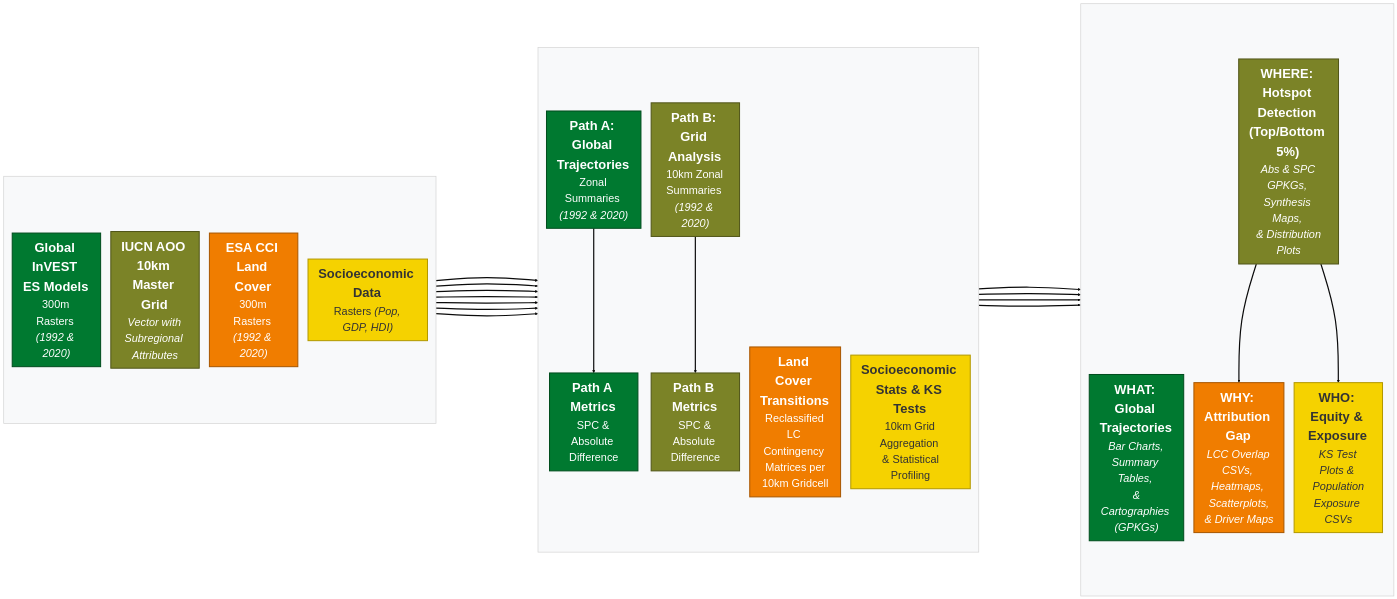
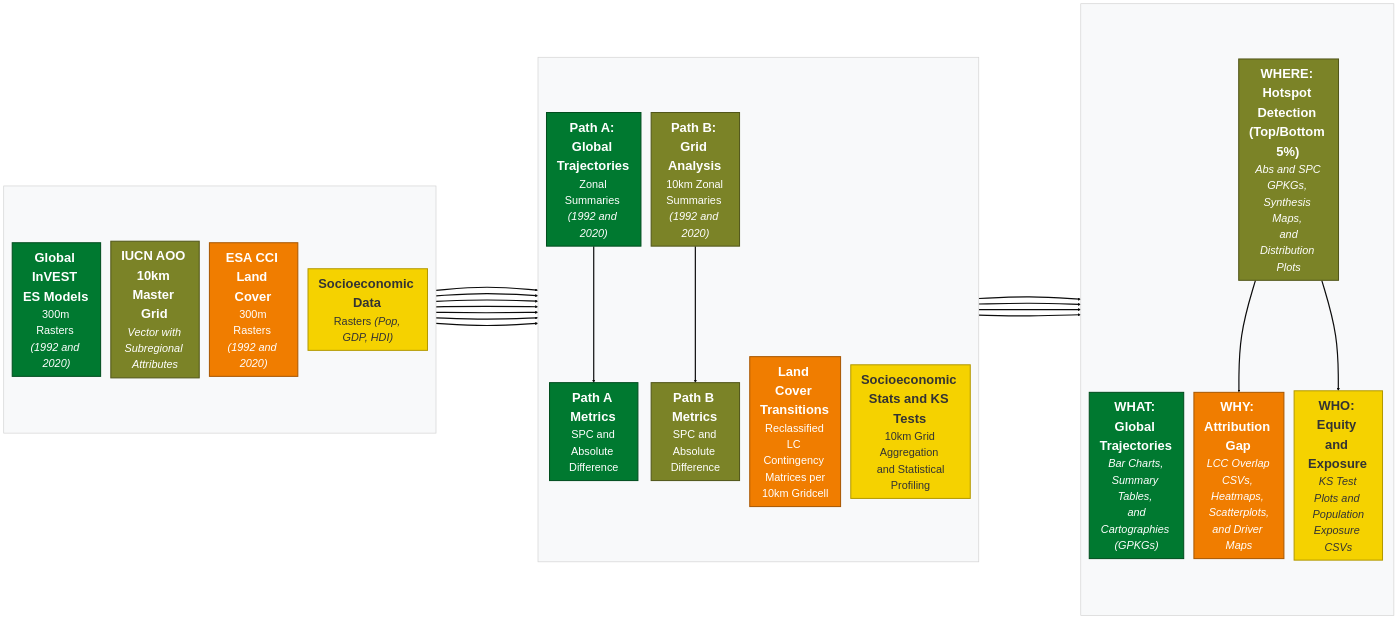
One commit to springinnovate/global_NCP changed the diagram in paper_draft.qmd. Above: the diagram before and after it, drawn with Mermaid (base theme). The commit also changed other lines of this file and 26 other files, not shown here.

Commit message:
render paper to share, fix quarto/mermaid bugs

````diff
--- a/paper_draft.qmd
+++ b/paper_draft.qmd
@@ -80,78 +75,80 @@
 ```{mermaid}
+%%| label: fig-workflow
+%%| fig-cap: "The dual-pathway analytical workflow. Path A calculates global and regional trajectories from pixel-level differences, addressing the 'WHAT' question. Path B aggregates data to a 10-km grid to identify and analyze localized hotspots, addressing the 'WHERE', 'WHO', and 'WHY' questions."
 %%{init: {'flowchart': {'rankSpacing': 300, 'nodeSpacing': 30}}}%%
 flowchart LR
     %% Subgraph Styling
     style INPUTS fill:#F8F9FA,stroke:#D3D3D3,stroke-width:2px
     style PROCESSING fill:#F8F9FA,stroke:#D3D3D3,stroke-width:2px
     style OUTPUTS fill:#F8F9FA,stroke:#D3D3D3,stroke-width:2px
 
     %% Input Layer
     subgraph INPUTS [" "]
         direction TB
-        RawES["<span style='font-size: 38px;'><b>Global InVEST ES Models</b></span> <br/> <span style='font-size: 32px;'>300m Rasters <i>(1992 & 2020)</i></span>"]
+        RawES["<span style='font-size: 38px;'><b>Global InVEST ES Models</b></span> <br/> <span style='font-size: 32px;'>300m Rasters <i>(1992 and 2020)</i></span>"]
         RawGrid["<span style='font-size: 38px;'><b>IUCN AOO 10km Master Grid</b></span> <br/> <span style='font-size: 32px;'><i>Vector with Subregional Attributes</i></span>"]
-        RawLC["<span style='font-size: 38px;'><b>ESA CCI Land Cover</b></span> <br/> <span style='font-size: 32px;'>300m Rasters <i>(1992 & 2020)</i></span>"]
+        RawLC["<span style='font-size: 38px;'><b>ESA CCI Land Cover</b></span> <br/> <span style='font-size: 32px;'>300m Rasters <i>(1992 and 2020)</i></span>"]
         RawSoc["<span style='font-size: 38px;'><b>Socioeconomic Data</b></span> <br/> <span style='font-size: 32px;'>Rasters <i>(Pop, GDP, HDI)</i></span>"]
     end
 
     %% Processing Layer
     subgraph PROCESSING [" "]
         direction TB
-        IntA["<span style='font-size: 38px;'><b>Path A: Global Trajectories</b></span> <br/> <span style='font-size: 32px;'>Zonal Summaries <i>(1992 & 2020)</i></span>"]
-        MathA["<span style='font-size: 38px;'><b>Path A Metrics</b></span> <br/> <span style='font-size: 32px;'>SPC & Absolute Difference</span>"]
+        IntA["<span style='font-size: 38px;'><b>Path A: Global Trajectories</b></span> <br/> <span style='font-size: 32px;'>Zonal Summaries <i>(1992 and 2020)</i></span>"]
+        MathA["<span style='font-size: 38px;'><b>Path A Metrics</b></span> <br/> <span style='font-size: 32px;'>SPC and Absolute Difference</span>"]
 
-        IntB["<span style='font-size: 38px;'><b>Path B: Grid Analysis</b></span> <br/> <span style='font-size: 32px;'>10km Zonal Summaries <i>(1992 & 2020)</i></span>"]
-        MathB["<span style='font-size: 38px;'><b>Path B Metrics</b></span> <br/> <span style='font-size: 32px;'>SPC & Absolute Difference</span>"]
+        IntB["<span style='font-size: 38px;'><b>Path B: Grid Analysis</b></span> <br/> <span style='font-size: 32px;'>10km Zonal Summaries <i>(1992 and 2020)</i></span>"]
+        MathB["<span style='font-size: 38px;'><b>Path B Metrics</b></span> <br/> <span style='font-size: 32px;'>SPC and Absolute Difference</span>"]
 
         MathLC["<span style='font-size: 38px;'><b>Land Cover Transitions</b></span> <br/> <span style='font-size: 32px;'>Reclassified LC Contingency <br/> Matrices per 10km Gridcell</span>"]
-        MathSoc["<span style='font-size: 38px;'><b>Socioeconomic Stats & KS Tests</b></span> <br/> <span style='font-size: 32px;'>10km Grid Aggregation <br/> & Statistical Profiling</span>"]
+        MathSoc["<span style='font-size: 38px;'><b>Socioeconomic Stats and KS Tests</b></span> <br/> <span style='font-size: 32px;'>10km Grid Aggregation <br/> and Statistical Profiling</span>"]
     end
 
     %% Outputs Layer
     subgraph OUTPUTS [" "]
         direction TB
-        P1["<span style='font-size: 38px;'><b>WHAT: Global Trajectories</b></span> <br/> <i style='font-size: 32px; font-weight: normal;'>Bar Charts, Summary Tables, <br/> & Cartographies (GPKGs)</i>"]
-        P2["<span style='font-size: 38px;'><b>WHERE: Hotspot Detection (Top/Bottom 5%)</b></span> <br/> <i style='font-size: 32px; font-weight: normal;'>Abs & SPC GPKGs, Synthesis Maps, <br/> & Distribution Plots</i>"]
-        P3["<span style='font-size: 38px;'><b>WHY: Attribution Gap</b></span> <br/> <i style='font-size: 32px; font-weight: normal;'>LCC Overlap CSVs, Heatmaps, <br/> Scatterplots, & Driver Maps</i>"]
-        P4["<span style='font-size: 38px;'><b>WHO: Equity & Exposure</b></span> <br/> <i style='font-size: 32px; font-weight: normal;'>KS Test Plots & <br/> Population Exposure CSVs</i>"]
+        P1["<span style='font-size: 38px;'><b>WHAT: Global Trajectories</b></span> <br/> <i style='font-size: 32px; font-weight: normal;'>Bar Charts, Summary Tables, <br/> and Cartographies (GPKGs)</i>"]
+        P2["<span style='font-size: 38px;'><b>WHERE: Hotspot Detection (Top/Bottom 5%)</b></span> <br/> <i style='font-size: 32px; font-weight: normal;'>Abs and SPC GPKGs, Synthesis Maps, <br/> and Distribution Plots</i>"]
+        P3["<span style='font-size: 38px;'><b>WHY: Attribution Gap</b></span> <br/> <i style='font-size: 32px; font-weight: normal;'>LCC Overlap CSVs, Heatmaps, <br/> Scatterplots, and Driver Maps</i>"]
+        P4["<span style='font-size: 38px;'><b>WHO: Equity and Exposure</b></span> <br/> <i style='font-size: 32px; font-weight: normal;'>KS Test Plots and <br/> Population Exposure CSVs</i>"]
     end
 
     %% Logical Connections
     RawGrid ==> IntB
     RawGrid ==> MathLC
     RawGrid ==> MathSoc
 
     RawES ==> IntA
     RawES ==> IntB
 
     IntA ==> MathA
     IntB ==> MathB
 
     MathA ==> P1
     MathB ==> P2
 
     %% Downstream Analysis from Hotspots (P2)
     P2 ==> P3
     RawLC ==> MathLC
     MathLC ==> P3
 
     P2 ==> P4
     RawSoc ==> MathSoc
     MathSoc ==> P4
 
     %% Layout Guides
     RawSoc ~~~ MathSoc
     IntA ~~~ P1
 
     %% CANONICAL COLOR CLASSES (Matching Circular Diagram)
     classDef c_what fill:#007930,stroke:#004D1E,stroke-width:3px,color:#FFF;
     classDef c_where fill:#7B8327,stroke:#515619,stroke-width:3px,color:#FFF;
     classDef c_why fill:#F07D00,stroke:#A85700,stroke-width:3px,color:#FFF;
     classDef c_who fill:#F5D200,stroke:#B39900,stroke-width:3px,color:#333;
 
     %% Pillar Assignments
     class RawES,IntA,MathA,P1 c_what;
     class RawGrid,IntB,MathB,P2 c_where;
     class RawLC,MathLC,P3 c_why;
     class RawSoc,MathSoc,P4 c_who;
 ```
````
